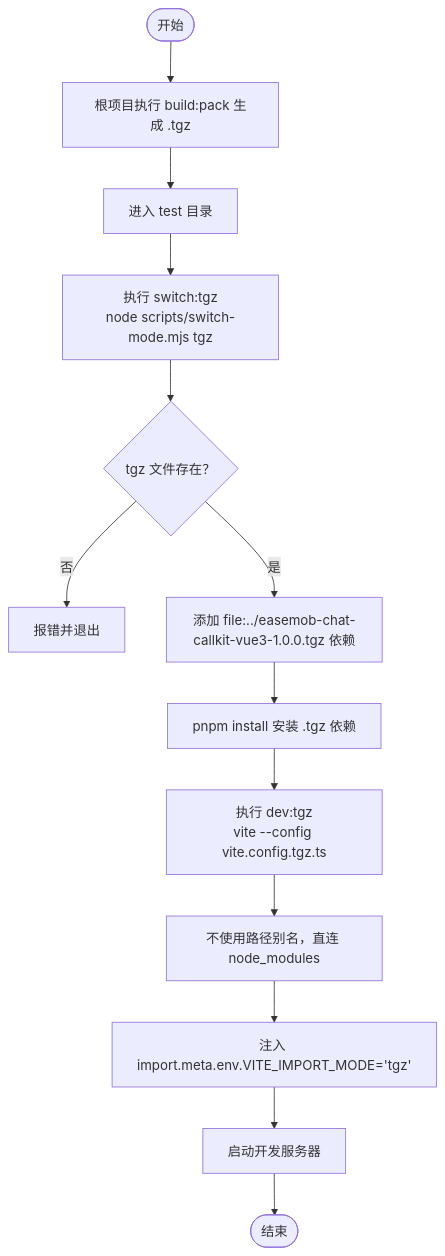
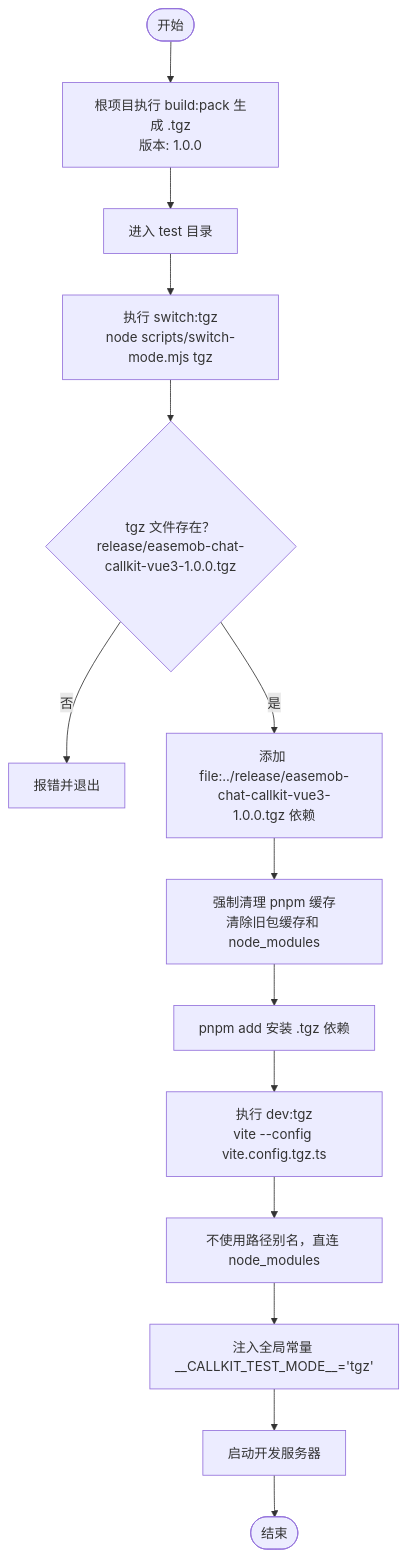
One commit to Easemob-Community/easemob-uikit-callkit-vue3 changed the fourth of 7 diagrams in .qoder/repowiki/zh/content/开发指南/测试指南.md. Above: the diagram before and after it, drawn with Mermaid. The commit also changed other lines of this file and 40 other files, not shown here.

````diff
--- a/.qoder/repowiki/zh/content/开发指南/测试指南.md
+++ b/.qoder/repowiki/zh/content/开发指南/测试指南.md
@@ -170,15 +188,16 @@
 ```mermaid
 flowchart TD
-Start2(["开始"]) --> BuildPack["根项目执行 build:pack 生成 .tgz"]
+Start2(["开始"]) --> BuildPack["根项目执行 build:pack 生成 .tgz<br/>版本: 1.0.0"]
 BuildPack --> EnterTest2["进入 test 目录"]
 EnterTest2 --> SwitchTgz["执行 switch:tgz<br/>node scripts/switch-mode.mjs tgz"]
-SwitchTgz --> CheckTgz{"tgz 文件存在？"}
+SwitchTgz --> CheckTgz{"tgz 文件存在？<br/>release/easemob-chat-callkit-vue3-1.0.0.tgz"}
 CheckTgz --> |否| ErrorExit["报错并退出"]
-CheckTgz --> |是| AddDep["添加 file:../easemob-chat-callkit-vue3-1.0.0.tgz 依赖"]
-AddDep --> Install2["pnpm install 安装 .tgz 依赖"]
+CheckTgz --> |是| AddDep["添加 file:../release/easemob-chat-callkit-vue3-1.0.0.tgz 依赖"]
+AddDep --> ClearCache["强制清理 pnpm 缓存<br/>清除旧包缓存和 node_modules"]
+ClearCache --> Install2["pnpm add 安装 .tgz 依赖"]
 Install2 --> DevTgz["执行 dev:tgz<br/>vite --config vite.config.tgz.ts"]
 DevTgz --> NoAlias["不使用路径别名，直连 node_modules"]
-NoAlias --> DefineEnv2["注入 import.meta.env.VITE_IMPORT_MODE='tgz'"]
+NoAlias --> DefineEnv2["注入全局常量 __CALLKIT_TEST_MODE__='tgz'"]
 DefineEnv2 --> Serve2["启动开发服务器"]
 Serve2 --> End2(["结束"])
 ```
````
